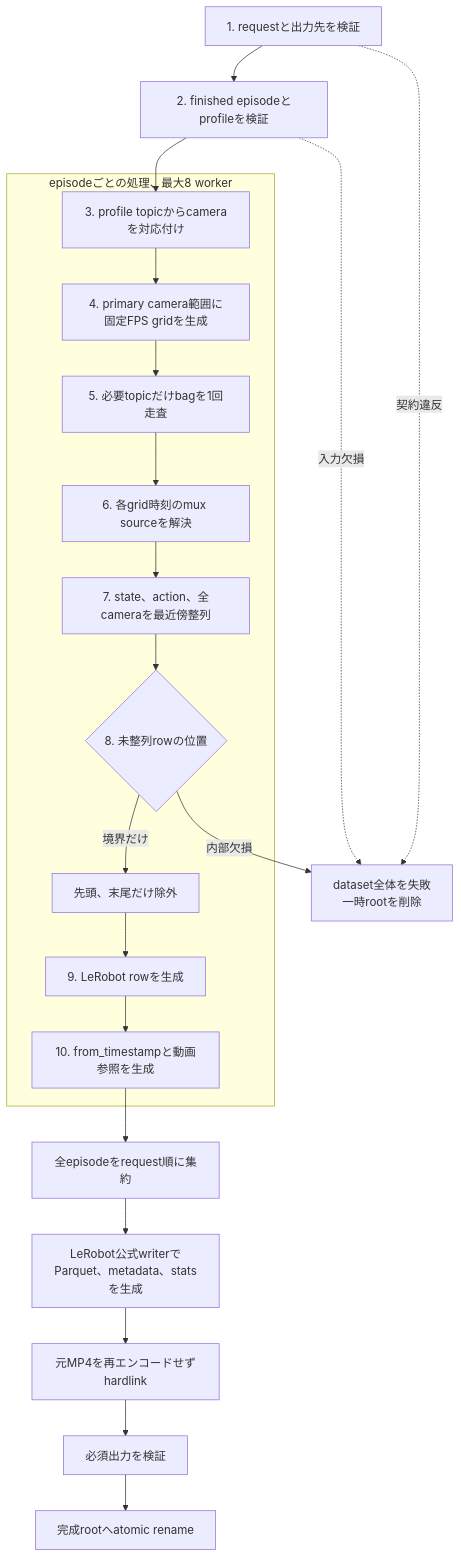
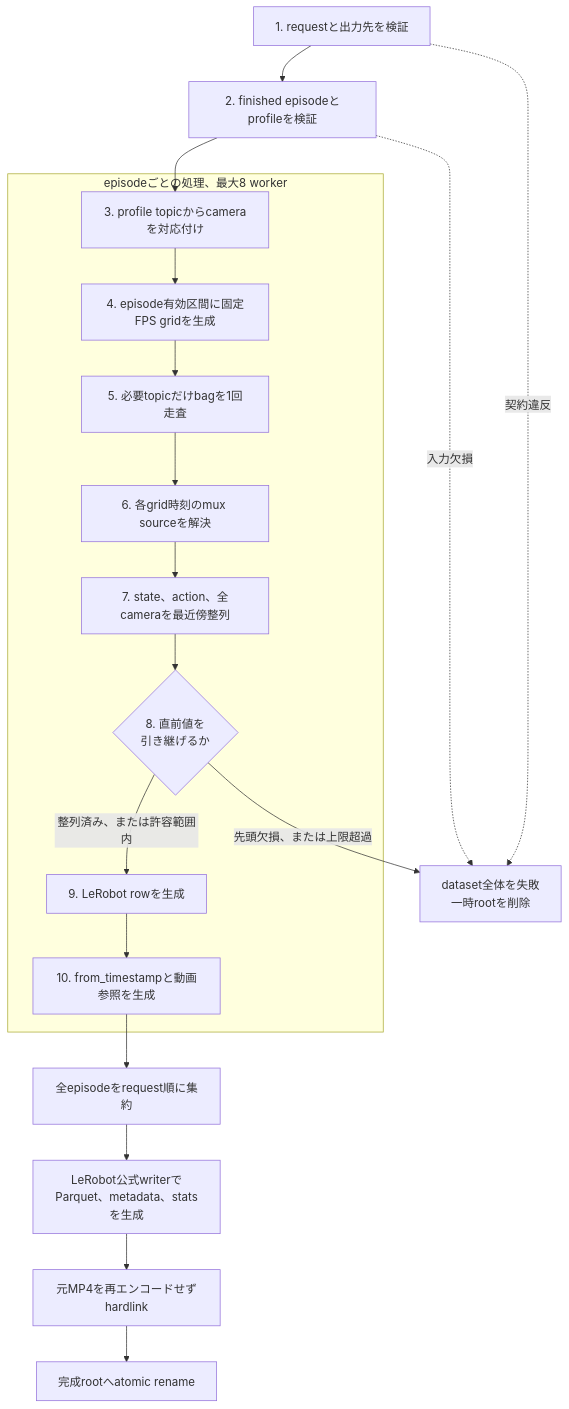
One commit to takatronix/fluent_vision_ros2 changed the sixth of 11 diagrams in src/streaming/fv_lerobot_exporter/docs/lerobot_dataset_export.md. Above: the diagram before and after it, drawn with Mermaid. The commit also changed other lines of this file and 21 other files, not shown here.

````diff
--- a/src/streaming/fv_lerobot_exporter/docs/lerobot_dataset_export.md
+++ b/src/streaming/fv_lerobot_exporter/docs/lerobot_dataset_export.md
@@ -267,33 +365,31 @@
 ```mermaid
 flowchart TD
     REQUEST["1. requestと出力先を検証"]
     EPISODES["2. finished episodeとprofileを検証"]
 
     subgraph EACH["episodeごとの処理、最大8 worker"]
         CAMERA["3. profile topicからcameraを対応付け"]
-        GRID["4. primary camera範囲に固定FPS gridを生成"]
+        GRID["4. episode有効区間に固定FPS gridを生成"]
         BAG["5. 必要topicだけbagを1回走査"]
         MUX["6. 各grid時刻のmux sourceを解決"]
         ALIGN["7. state、action、全cameraを最近傍整列"]
-        WINDOW{"8. 未整列rowの位置"}
-        TRIM["先頭、末尾だけ除外"]
+        CARRY{"8. 直前値を<br/>引き継げるか"}
         ROWS["9. LeRobot rowを生成"]
         VIDEO["10. from_timestampと動画参照を生成"]
 
-        CAMERA --> GRID --> BAG --> MUX --> ALIGN --> WINDOW
-        WINDOW -->|"境界だけ"| TRIM --> ROWS --> VIDEO
+        CAMERA --> GRID --> BAG --> MUX --> ALIGN --> CARRY
+        CARRY -->|"整列済み、または許容範囲内"| ROWS --> VIDEO
     end
 
     FAIL["dataset全体を失敗<br/>一時rootを削除"]
     ASSEMBLE["全episodeをrequest順に集約"]
     WRITER["LeRobot公式writerで<br/>Parquet、metadata、statsを生成"]
     LINK["元MP4を再エンコードせずhardlink"]
-    VALIDATE["必須出力を検証"]
     FINAL["完成rootへatomic rename"]
 
     REQUEST --> EPISODES --> CAMERA
-    WINDOW -->|"内部欠損"| FAIL
+    CARRY -->|"先頭欠損、または上限超過"| FAIL
     REQUEST -.->|"契約違反"| FAIL
     EPISODES -.->|"入力欠損"| FAIL
-    VIDEO --> ASSEMBLE --> WRITER --> LINK --> VALIDATE --> FINAL
+    VIDEO --> ASSEMBLE --> WRITER --> LINK --> FINAL
 ```
````
